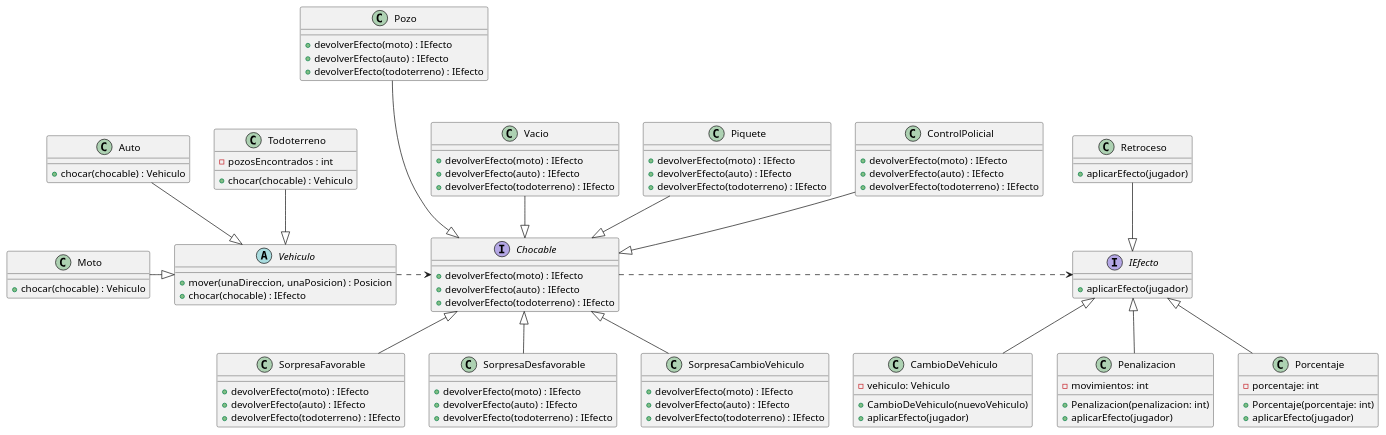
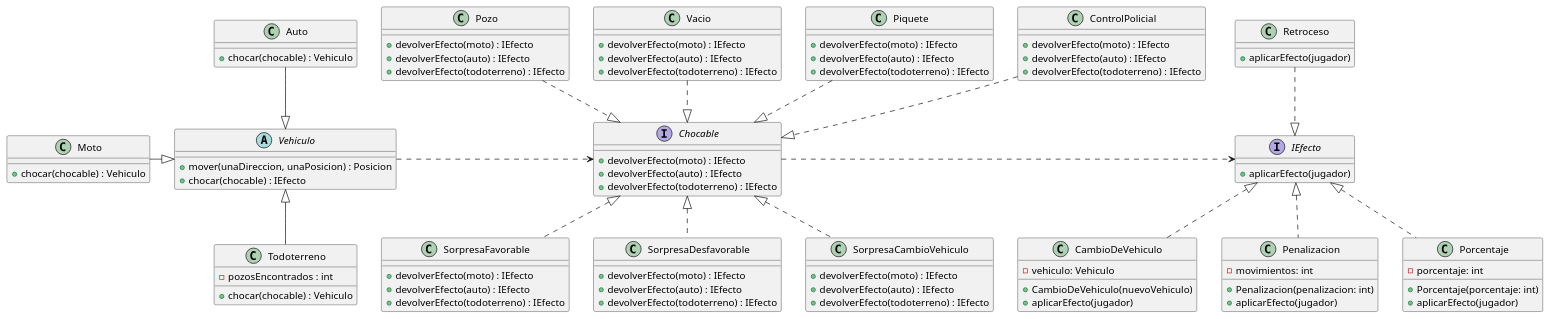
Before and after one commit to NestorPala/T17-GPSChallenge: the diagram in diagrams/classes/diagrama_interfaces.puml, drawn with PlantUML. The commit also changed 2 other files, not shown here.

Commit message:
Actualizo diagramas de clase

```diff
--- a/diagrams/classes/diagrama_interfaces.puml
+++ b/diagrams/classes/diagrama_interfaces.puml
@@ -1,127 +1,127 @@
 @startuml
 
 
 
 interface Chocable {
     + devolverEfecto(moto) : IEfecto
     + devolverEfecto(auto) : IEfecto
     + devolverEfecto(todoterreno) : IEfecto
 }
 
 class Pozo {
     +  devolverEfecto(moto) : IEfecto
     +  devolverEfecto(auto) : IEfecto
     +  devolverEfecto(todoterreno) : IEfecto
 }
 
 class Vacio {
     +  devolverEfecto(moto) : IEfecto
     +  devolverEfecto(auto) : IEfecto
     +  devolverEfecto(todoterreno) : IEfecto
 }
 
 class Piquete { 
     +  devolverEfecto(moto) : IEfecto
     +  devolverEfecto(auto) : IEfecto
     +  devolverEfecto(todoterreno) : IEfecto
 }
 
 class ControlPolicial {
     +  devolverEfecto(moto) : IEfecto
     +  devolverEfecto(auto) : IEfecto
     +  devolverEfecto(todoterreno) : IEfecto
 }
 
 class SorpresaFavorable {
     +  devolverEfecto(moto) : IEfecto
     +  devolverEfecto(auto) : IEfecto
     +  devolverEfecto(todoterreno) : IEfecto
 }
 
 class SorpresaDesfavorable {
     +  devolverEfecto(moto) : IEfecto
     +  devolverEfecto(auto) : IEfecto
     +  devolverEfecto(todoterreno) : IEfecto
 }
 
 class SorpresaCambioVehiculo {
     +  devolverEfecto(moto) : IEfecto
     +  devolverEfecto(auto) : IEfecto
     +  devolverEfecto(todoterreno) : IEfecto
 }
 
 
 
 abstract class Vehiculo {
     + mover(unaDireccion, unaPosicion) : Posicion
     + chocar(chocable) : IEfecto
 }
 
 class Auto {
     + chocar(chocable) : Vehiculo
 }
 
 class Moto {
     + chocar(chocable) : Vehiculo
 }
 
 class Todoterreno {
     - pozosEncontrados : int
     + chocar(chocable) : Vehiculo
 }
 
 
 
 interface IEfecto {
     + aplicarEfecto(jugador)
 }
 
 class CambioDeVehiculo {
     - vehiculo: Vehiculo
     + CambioDeVehiculo(nuevoVehiculo)
     + aplicarEfecto(jugador)
 }
 
 class Penalizacion {
     - movimientos: int
     + Penalizacion(penalizacion: int)
     + aplicarEfecto(jugador)
 }
 
 class Porcentaje {
     - porcentaje: int
     + Porcentaje(porcentaje: int)
     + aplicarEfecto(jugador)
 }
 
 class Retroceso {
     + aplicarEfecto(jugador)
 }
 
 
 
-Pozo ---|> Chocable
-ControlPolicial --|> Chocable
-Piquete --|> Chocable
-Vacio --|> Chocable
+Pozo ..|> Chocable
+ControlPolicial ..|> Chocable
+Piquete ..|> Chocable
+Vacio ..|> Chocable
 
-Chocable <|-- SorpresaFavorable 
-Chocable <|-- SorpresaDesfavorable
-Chocable <|-- SorpresaCambioVehiculo
+Chocable <|.. SorpresaFavorable
+Chocable <|.. SorpresaDesfavorable
+Chocable <|.. SorpresaCambioVehiculo
 
 Vehiculo .> Chocable
 
-Todoterreno --|> Vehiculo
+Vehiculo <|-- Todoterreno
 Auto --|> Vehiculo
 Moto -|> Vehiculo
 
 Chocable .> IEfecto
 
-IEfecto <|-- CambioDeVehiculo
-IEfecto <|-- Penalizacion
-IEfecto <|-- Porcentaje
-Retroceso --|> IEfecto 
+IEfecto <|.. CambioDeVehiculo
+IEfecto <|.. Penalizacion
+IEfecto <|.. Porcentaje
+Retroceso ..|> IEfecto
 
 
 
 @enduml
```
